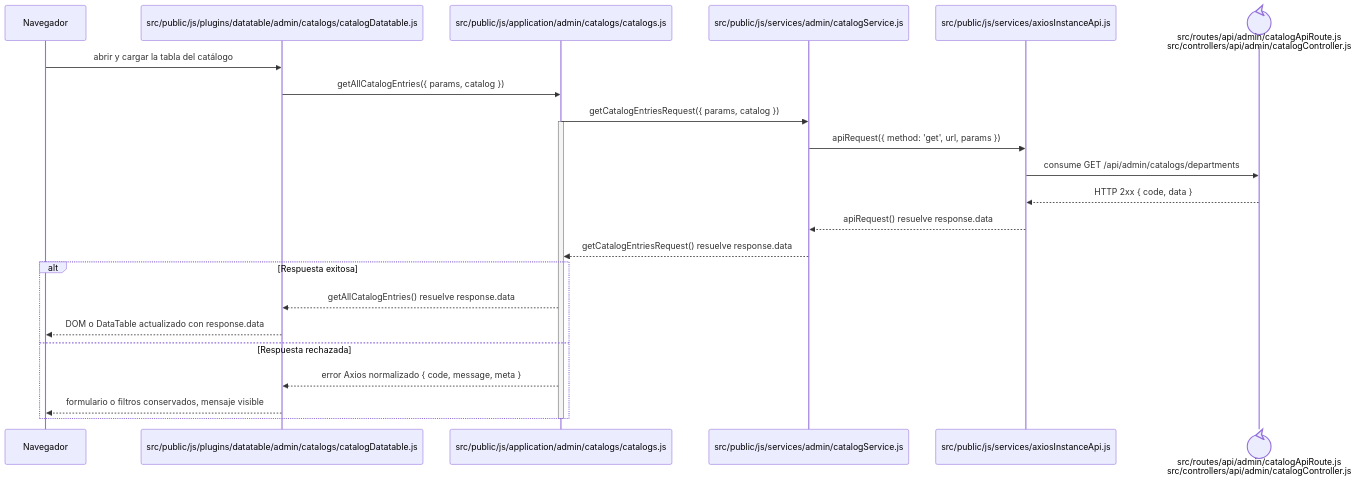
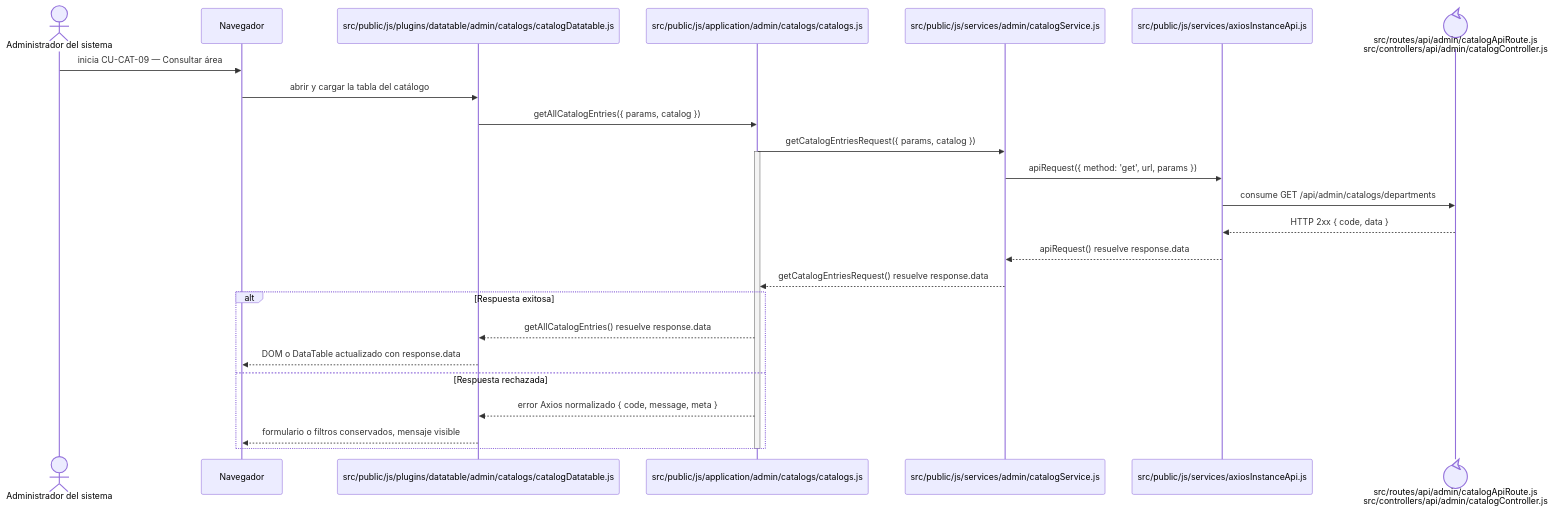
The diagram in docs/architecture/frontend-code-sequences/catalogs/cu-cat-09.md (gpgsistemas01/nexus), drawn with Mermaid before and after one commit. The commit also changed 105 other files, not shown here.

````diff
--- a/docs/architecture/frontend-code-sequences/catalogs/cu-cat-09.md
+++ b/docs/architecture/frontend-code-sequences/catalogs/cu-cat-09.md
@@ -6,27 +6,29 @@
 ```mermaid
 sequenceDiagram
+    actor Initiator as Administrador del sistema
     participant Browser as Navegador
     participant View as src/public/js/plugins/datatable/admin/catalogs/catalogDatatable.js
     participant Application as src/public/js/application/admin/catalogs/catalogs.js
     participant Request as src/public/js/services/admin/catalogService.js
     participant HTTP as src/public/js/services/axiosInstanceApi.js
     participant Transport@{ "type": "control" } as src/routes/api/admin/catalogApiRoute.js<br/>src/controllers/api/admin/catalogController.js
 
+    Initiator->>Browser: inicia CU-CAT-09 — Consultar área
     Browser->>View: abrir y cargar la tabla del catálogo
     View->>Application: getAllCatalogEntries({ params, catalog })
     Application->>Request: getCatalogEntriesRequest({ params, catalog })
     activate Application
     Request->>HTTP: apiRequest({ method: 'get', url, params })
     HTTP->>Transport: consume GET /api/admin/catalogs/departments
     Transport-->>HTTP: HTTP 2xx { code, data }
     HTTP-->>Request: apiRequest() resuelve response.data
     Request-->>Application: getCatalogEntriesRequest() resuelve response.data
     alt Respuesta exitosa
         Application-->>View: getAllCatalogEntries() resuelve response.data
         View-->>Browser: DOM o DataTable actualizado con response.data
     else Respuesta rechazada
         Application-->>View: error Axios normalizado { code, message, meta }
         View-->>Browser: formulario o filtros conservados, mensaje visible
     end
     deactivate Application
 ```
````
